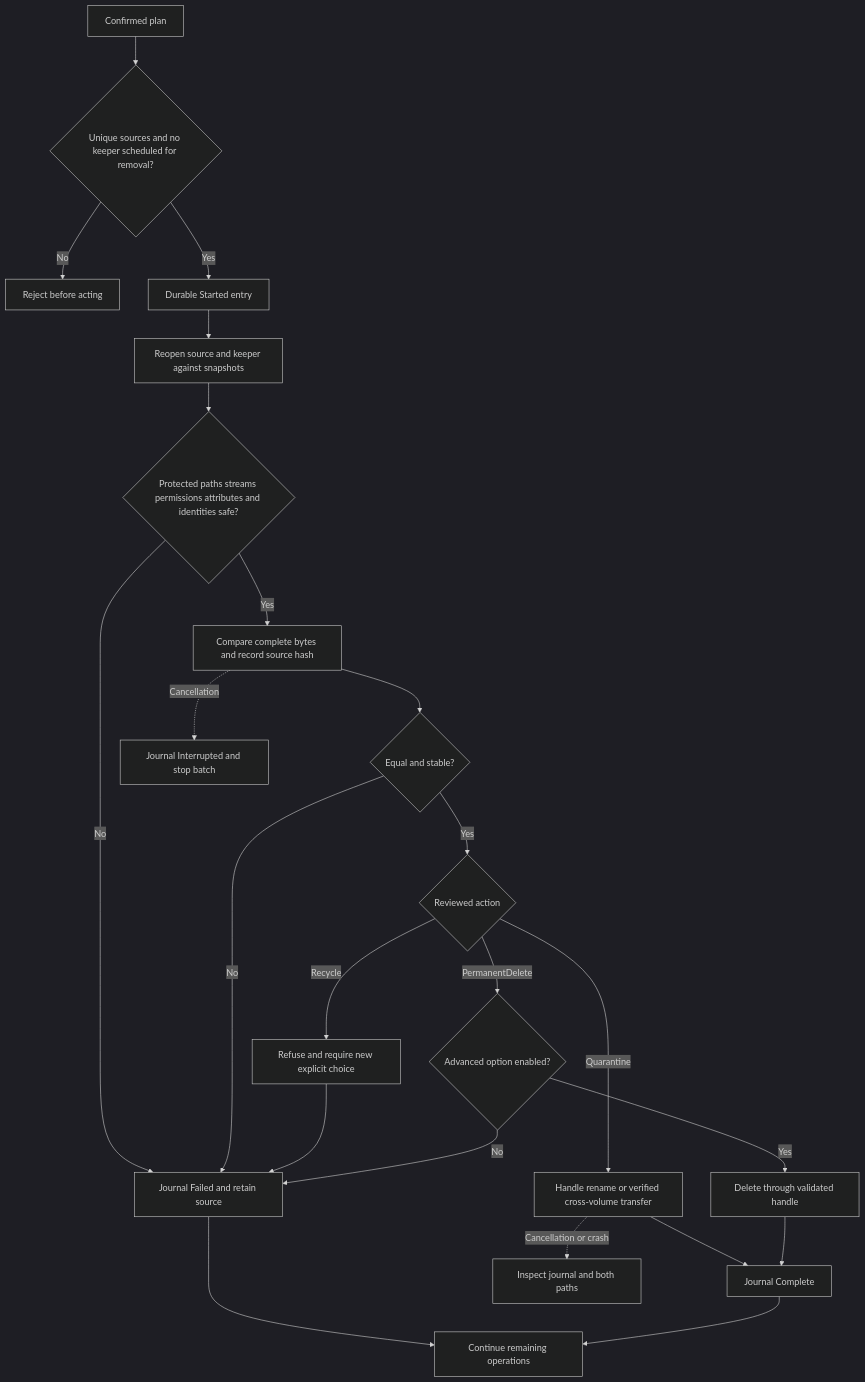
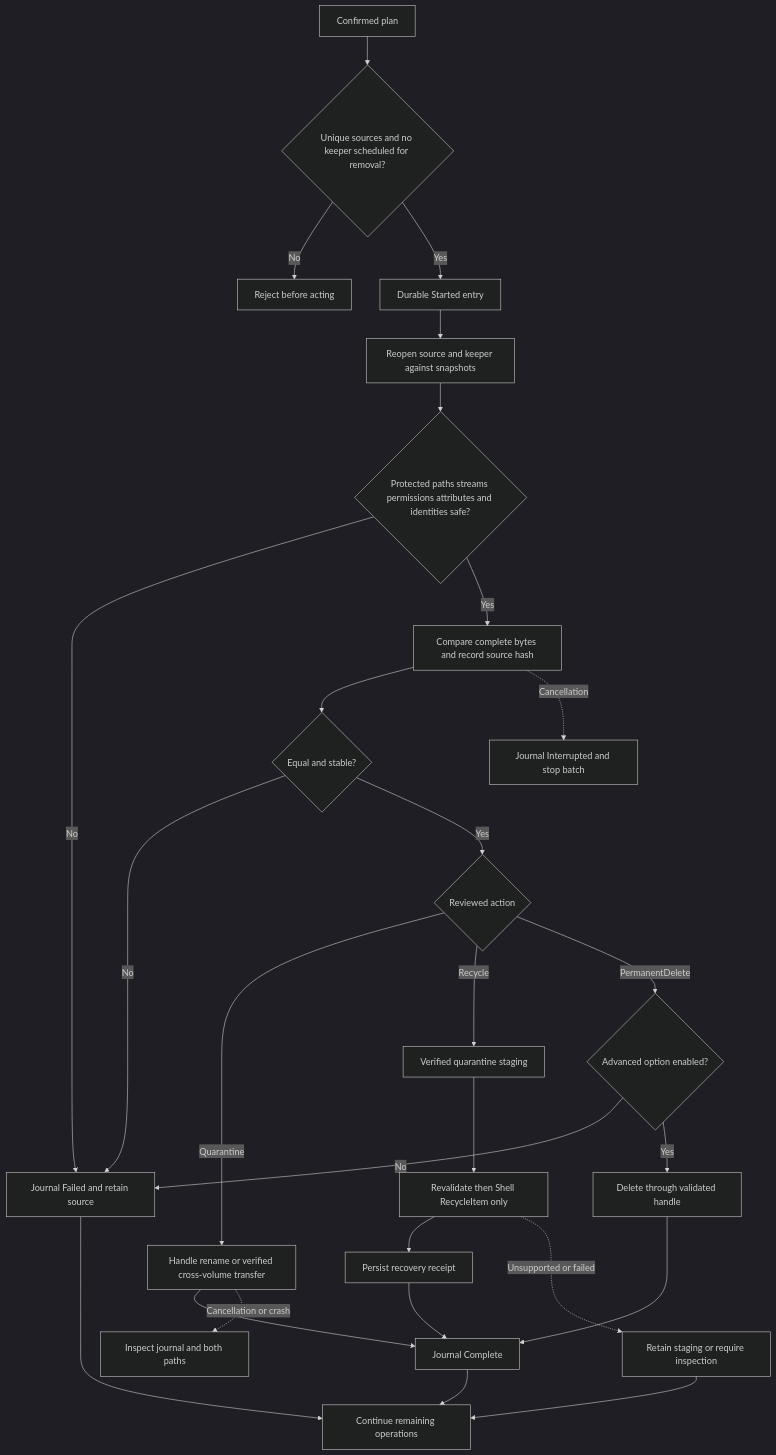
The fifth of 7 diagrams in docs/diagrams.md (fazalhassan23/DeDuplicator), drawn with Mermaid (dark theme) before and after one commit. The commit also changed other lines of this file and 51 other files, not shown here.

````diff
--- a/docs/diagrams.md
+++ b/docs/diagrams.md
@@ -88,25 +88,29 @@
 ```mermaid
 flowchart TD
     Plan[Confirmed plan] --> Valid{Unique sources and no keeper scheduled for removal?}
     Valid -- No --> Reject[Reject before acting]
     Valid -- Yes --> Journal[Durable Started entry]
     Journal --> Open[Reopen source and keeper against snapshots]
     Open --> Safety{Protected paths streams permissions attributes and identities safe?}
     Safety -- No --> Failed[Journal Failed and retain source]
     Safety -- Yes --> Compare[Compare complete bytes and record source hash]
     Compare --> Equal{Equal and stable?}
     Equal -- No --> Failed
     Equal -- Yes --> Action{Reviewed action}
     Action -- Quarantine --> Move[Handle rename or verified cross-volume transfer]
-    Action -- Recycle --> Refuse[Refuse and require new explicit choice]
-    Refuse --> Failed
+    Action -- Recycle --> Stage[Verified quarantine staging]
+    Stage --> Shell[Revalidate then Shell RecycleItem only]
+    Shell --> Receipt[Persist recovery receipt]
+    Receipt --> Done
+    Shell -. Unsupported or failed .-> Retain[Retain staging or require inspection]
+    Retain --> Next
     Action -- PermanentDelete --> Enabled{Advanced option enabled?}
     Enabled -- No --> Failed
     Enabled -- Yes --> Delete[Delete through validated handle]
     Move --> Done[Journal Complete]
     Delete --> Done
     Failed --> Next[Continue remaining operations]
     Done --> Next
     Compare -. Cancellation .-> Stop[Journal Interrupted and stop batch]
     Move -. Cancellation or crash .-> Inspect[Inspect journal and both paths]
 ```
````
